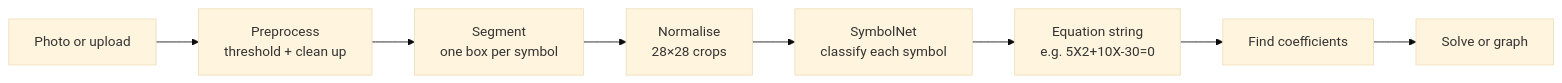
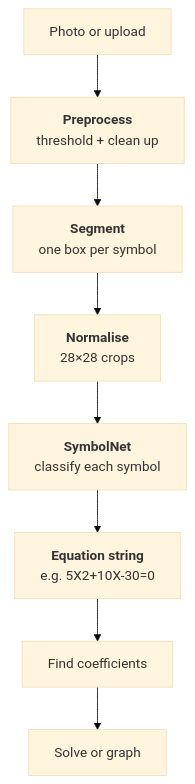
One commit to SimonOrmond/Photo-Equation-Solver changed the diagram in README.md. Above: the diagram before and after it, drawn with Mermaid (base theme).

````diff
--- a/README.md
+++ b/README.md
@@ -7,10 +7,16 @@
 ```mermaid
-flowchart LR
-    A[Photo or upload] --> B[Preprocess<br/>threshold + clean up]
-    B --> C[Segment<br/>one box per symbol]
-    C --> D[Normalise<br/>28×28 crops]
-    D --> E[SymbolNet<br/>classify each symbol]
-    E --> F["Equation string<br/>e.g. 5X2+10X-30=0"]
-    F --> G[Find coefficients]
-    G --> H[Solve or graph]
+%%{init: {"flowchart": {"htmlLabels": false}}}%%
+flowchart TD
+    A["`Photo or upload`"] --> B["`**Preprocess**
+threshold + clean up`"]
+    B --> C["`**Segment**
+one box per symbol`"]
+    C --> D["`**Normalise**
+28×28 crops`"]
+    D --> E["`**SymbolNet**
+classify each symbol`"]
+    E --> F["`**Equation string**
+e.g. 5X2+10X-30=0`"]
+    F --> G["`Find coefficients`"]
+    G --> H["`Solve or graph`"]
 ```
````
